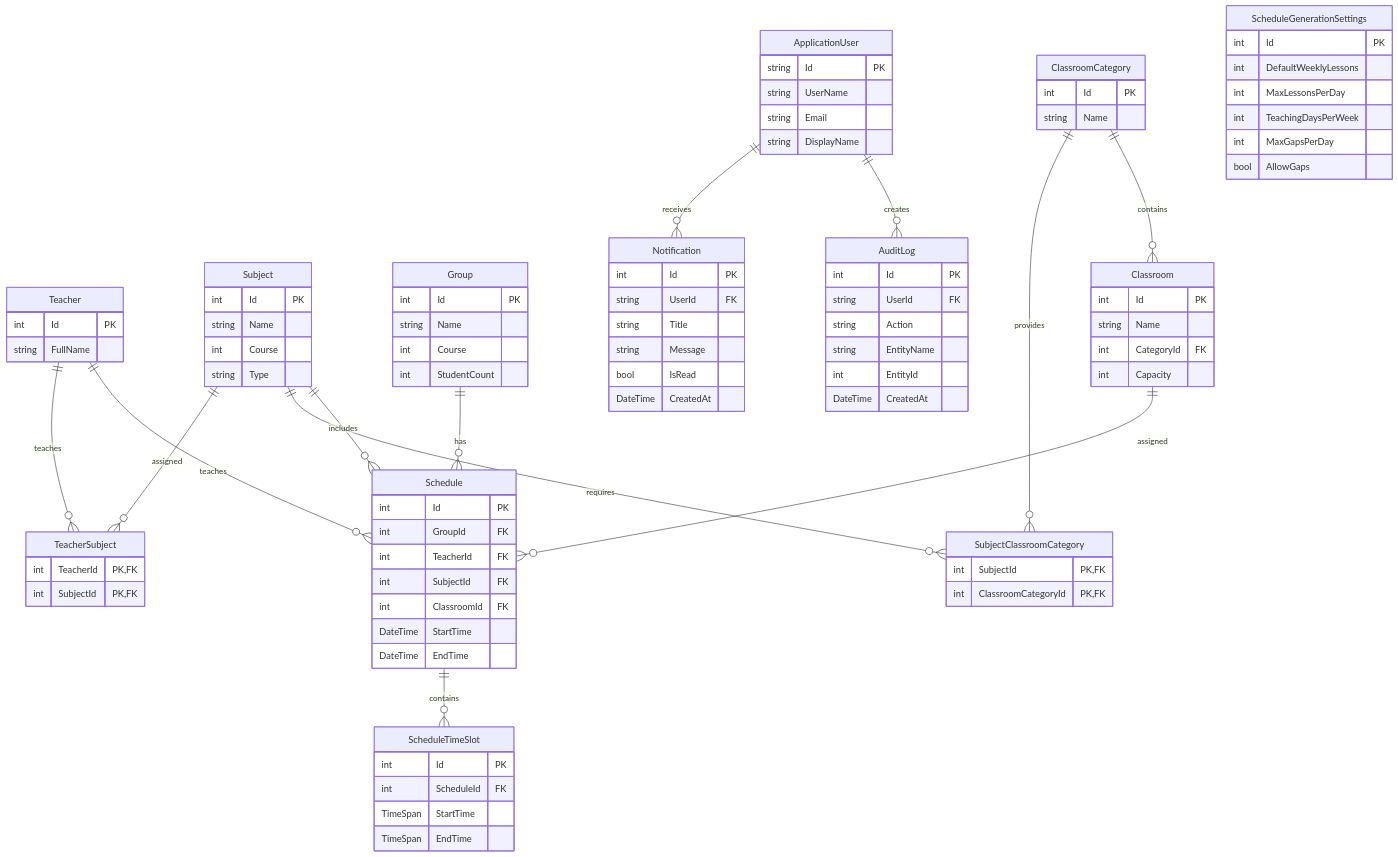
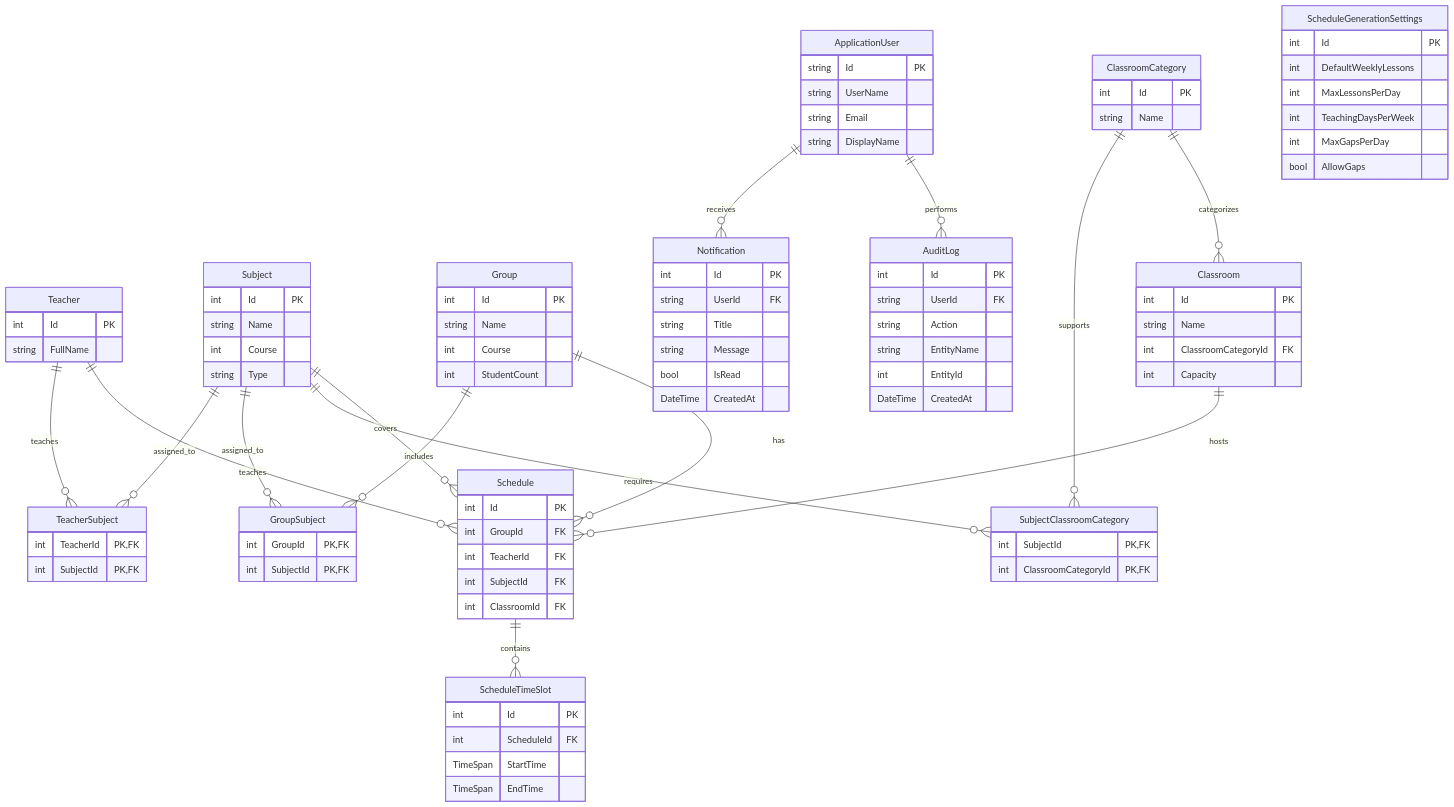
The diagram in docs/DatabaseDiagram.md (Artem56x/ScheduleSystem), drawn with Mermaid before and after one commit. The commit also changed other lines of this file, not shown here.

First line of the commit message:
Revise Database ER Diagram documentation

````diff
--- a/docs/DatabaseDiagram.md
+++ b/docs/DatabaseDiagram.md
@@ -11,6 +18,5 @@
 ```mermaid
 erDiagram
-
     ApplicationUser {
         string Id PK
         string UserName
@@ -42,6 +48,11 @@
         int StudentCount
     }
 
+    GroupSubject {
+        int GroupId PK, FK
+        int SubjectId PK, FK
+    }
+
     ClassroomCategory {
         int Id PK
         string Name
@@ -50,7 +61,7 @@
     Classroom {
         int Id PK
         string Name
-        int CategoryId FK
+        int ClassroomCategoryId FK
         int Capacity
     }
 
@@ -65,8 +76,6 @@
         int TeacherId FK
         int SubjectId FK
         int ClassroomId FK
-        DateTime StartTime
-        DateTime EndTime
     }
 
     ScheduleTimeSlot {
@@ -104,20 +113,23 @@
     }
 
     Teacher ||--o{ TeacherSubject : teaches
-    Subject ||--o{ TeacherSubject : assigned
+    Subject ||--o{ TeacherSubject : assigned_to
+
+    Group ||--o{ GroupSubject : includes
+    Subject ||--o{ GroupSubject : assigned_to
 
     Subject ||--o{ SubjectClassroomCategory : requires
-    ClassroomCategory ||--o{ SubjectClassroomCategory : provides
+    ClassroomCategory ||--o{ SubjectClassroomCategory : supports
 
-    ClassroomCategory ||--o{ Classroom : contains
+    ClassroomCategory ||--o{ Classroom : categorizes
 
     Group ||--o{ Schedule : has
     Teacher ||--o{ Schedule : teaches
-    Subject ||--o{ Schedule : includes
-    Classroom ||--o{ Schedule : assigned
+    Subject ||--o{ Schedule : covers
+    Classroom ||--o{ Schedule : hosts
 
     Schedule ||--o{ ScheduleTimeSlot : contains
 
     ApplicationUser ||--o{ Notification : receives
-    ApplicationUser ||--o{ AuditLog : creates
+    ApplicationUser ||--o{ AuditLog : performs
 ```
````
